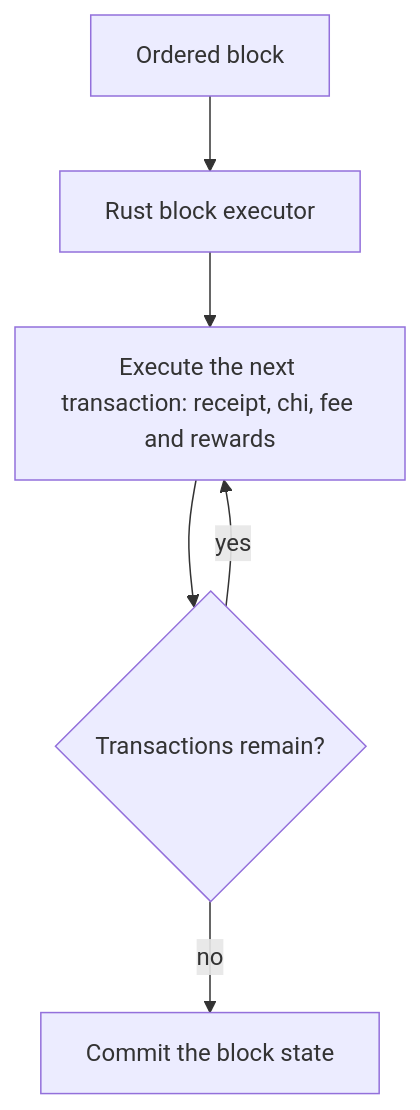
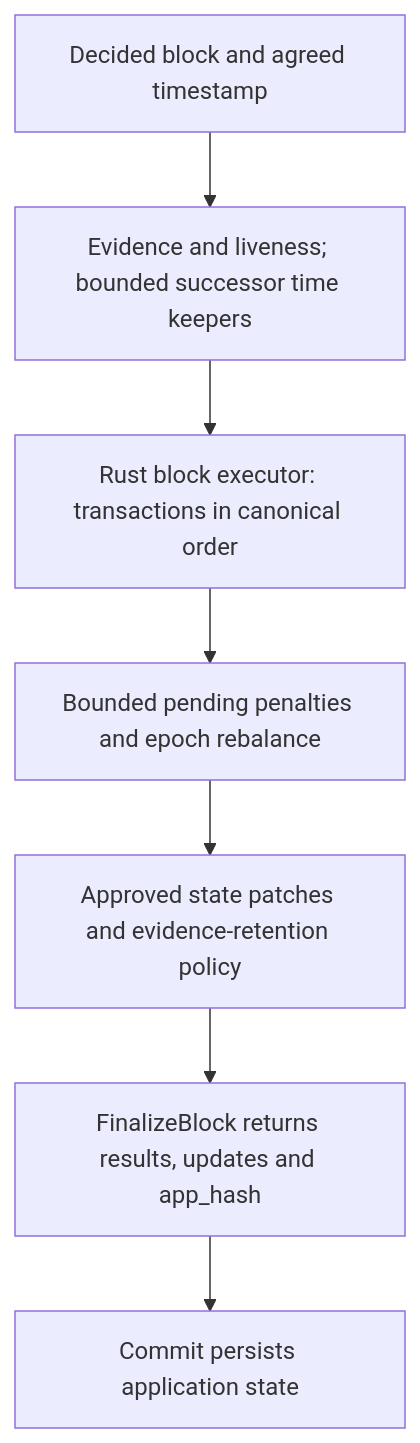
One commit to xian-technology/xian-docs-web changed the diagram in concepts/block-execution.md. Above: the diagram before and after it, drawn with Mermaid. The commit also changed other lines of this file and 29 other files, not shown here.

````diff
--- a/concepts/block-execution.md
+++ b/concepts/block-execution.md
@@ -10,8 +10,9 @@
 ```mermaid
 flowchart TD
-  Block["Ordered block"] --> Rust["Rust block executor"]
-  Rust --> Tx["Execute the next transaction: receipt, chi, fee and rewards"]
-  Tx --> Next{"Transactions remain?"}
-  Next -->|yes| Tx
-  Next -->|no| Commit["Commit the block state"]
+  Block["Decided block and agreed timestamp"] --> Pre["Evidence and liveness; bounded successor time keepers"]
+  Pre --> Rust["Rust block executor: transactions in canonical order"]
+  Rust --> Post["Bounded pending penalties and epoch rebalance"]
+  Post --> Patches["Approved state patches and evidence-retention policy"]
+  Patches --> Root["FinalizeBlock returns results, updates and app_hash"]
+  Root --> Commit["Commit persists application state"]
 ```
````
